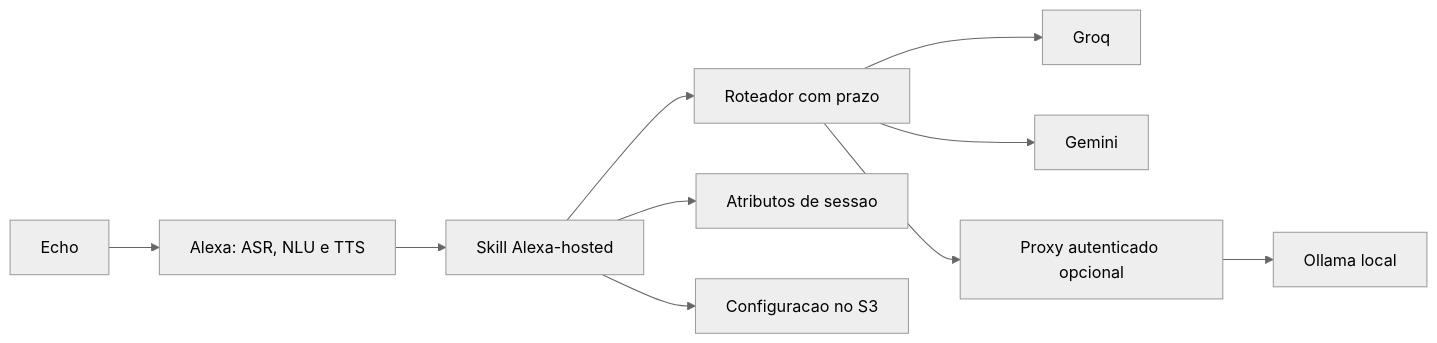
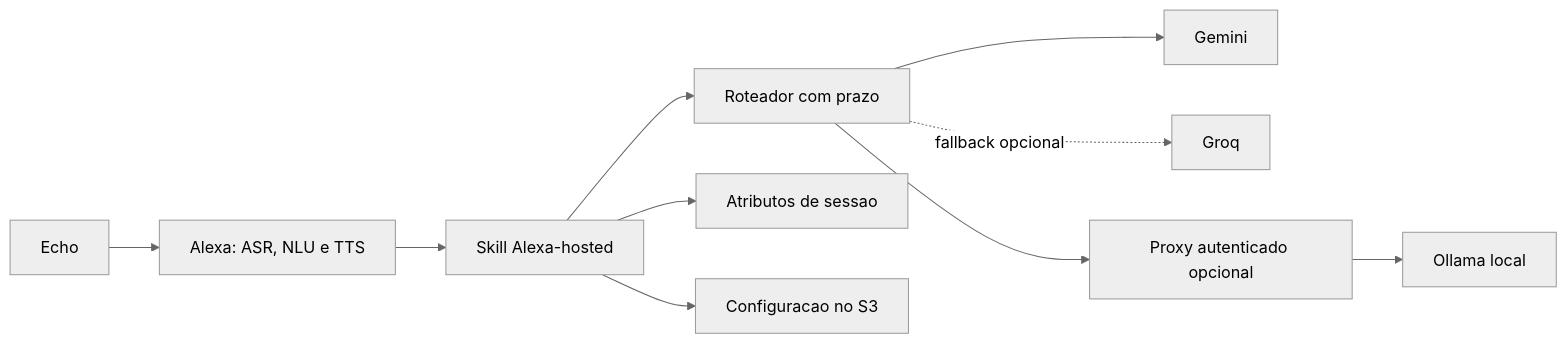
The diagram in README.md (Dias0202/Alexa_not_Dumb), drawn with Mermaid (neutral theme) before and after one commit. The commit also changed other lines of this file and 8 other files, not shown here.

````diff
--- a/README.md
+++ b/README.md
@@ -11,12 +11,12 @@
 ```mermaid
 flowchart LR
     Echo["Echo"] --> Alexa["Alexa: ASR, NLU e TTS"]
     Alexa --> Skill["Skill Alexa-hosted"]
     Skill --> Router["Roteador com prazo"]
-    Router --> Groq["Groq"]
     Router --> Gemini["Gemini"]
+    Router -. fallback opcional .-> Groq["Groq"]
     Router --> Proxy["Proxy autenticado opcional"]
     Proxy --> Ollama["Ollama local"]
     Skill --> Session["Atributos de sessao"]
     Skill --> S3["Configuracao no S3"]
 ```
````
